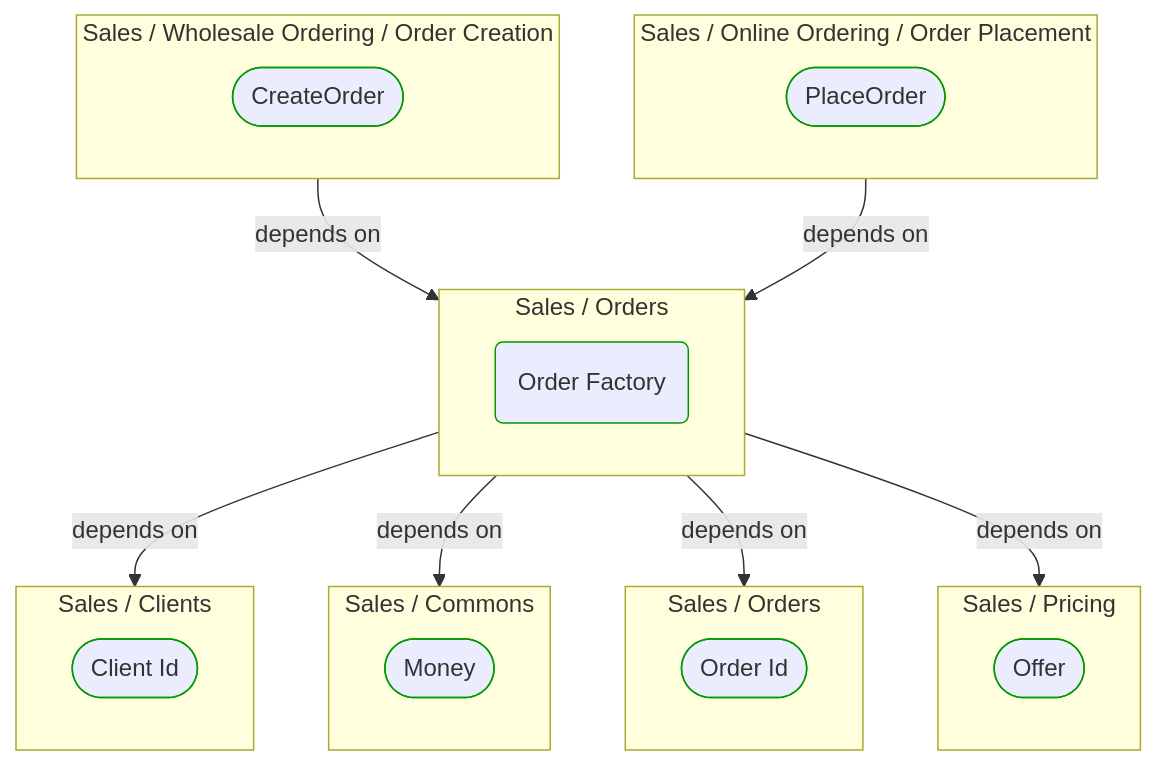
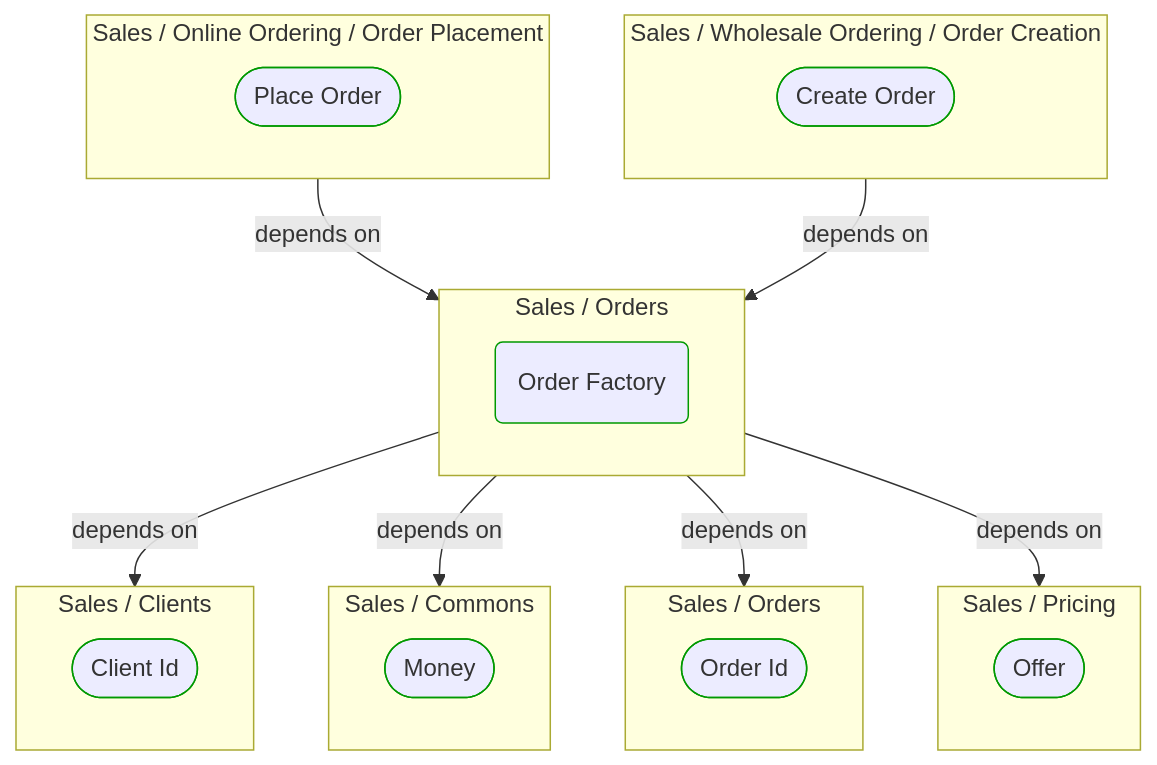
One commit to itlibrium/DDD-starter-dotnet changed the first of 2 diagrams in Docs/P3/MermaidOutput/Domain/Concepts/Sales/Orders/OrderFactory.md. Above: the diagram before and after it, drawn with Mermaid. The commit also changed other lines of this file and 51 other files, not shown here.

````diff
--- a/Docs/P3/MermaidOutput/Domain/Concepts/Sales/Orders/OrderFactory.md
+++ b/Docs/P3/MermaidOutput/Domain/Concepts/Sales/Orders/OrderFactory.md
@@ -20,40 +20,40 @@
 ```mermaid
   flowchart TB
-    subgraph 0["Sales / Wholesale Ordering / Order Creation"]
-      1([CreateOrder])
+    subgraph 0["Sales / Online Ordering / Order Placement"]
+      1([Place Order])
       class 1 DomainPerspective
     end
-    subgraph 2["Sales / Online Ordering / Order Placement"]
-      3([PlaceOrder])
+    subgraph 2["Sales / Wholesale Ordering / Order Creation"]
+      3([Create Order])
       class 3 DomainPerspective
     end
     subgraph 4["Sales / Orders"]
       5(Order Factory)
       class 5 DomainPerspective
     end
     subgraph 6["Sales / Clients"]
       7([Client Id])
       class 7 DomainPerspective
     end
     subgraph 8["Sales / Commons"]
       9([Money])
       class 9 DomainPerspective
     end
     subgraph 10["Sales / Orders"]
       11([Order Id])
       class 11 DomainPerspective
     end
     subgraph 12["Sales / Pricing"]
       13([Offer])
       class 13 DomainPerspective
     end
     0-->|depends on|4
     2-->|depends on|4
     4-->|depends on|6
     4-->|depends on|8
     4-->|depends on|10
     4-->|depends on|12
     classDef DomainPerspective stroke:#009900
     classDef TechnologyPerspective stroke:#1F41EB
     classDef PeoplePerspective stroke:#FFF014
 ```
````
